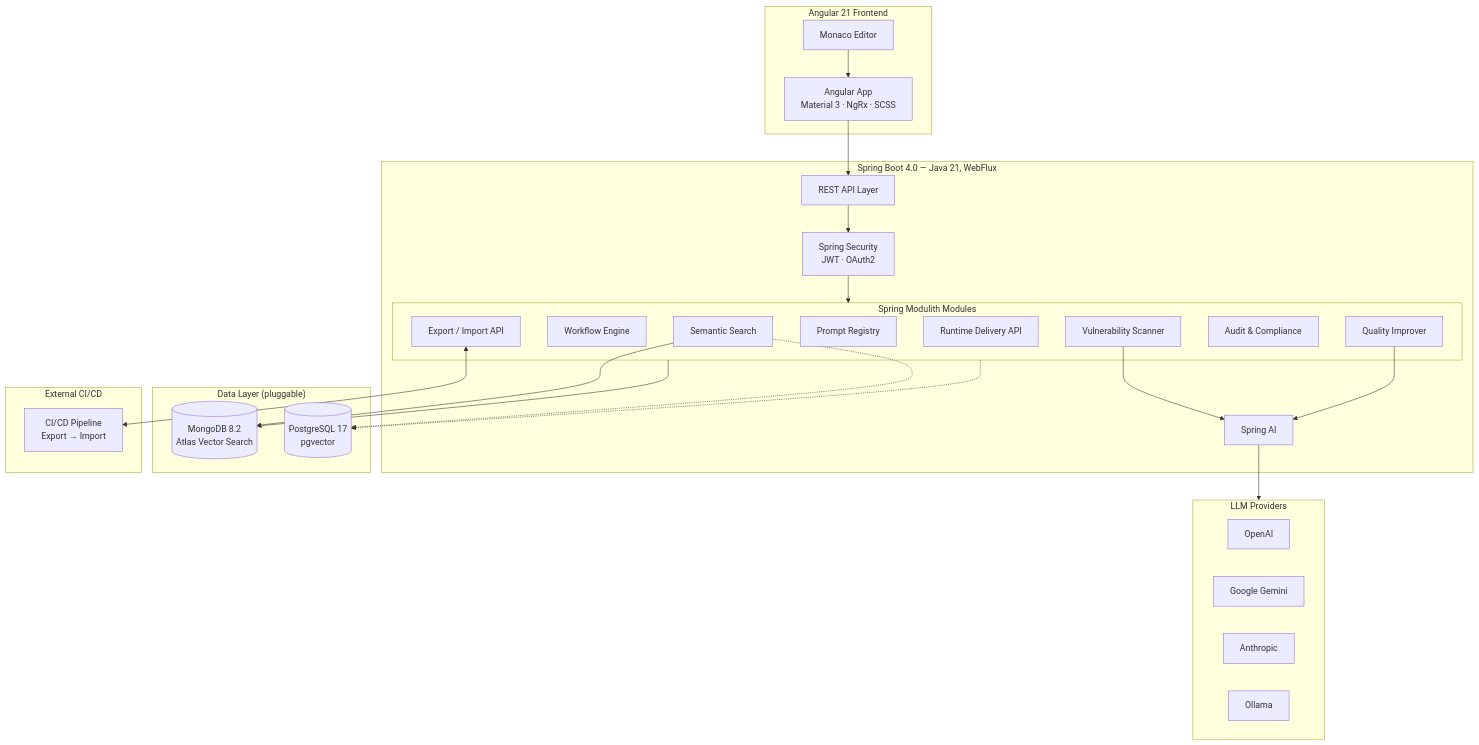
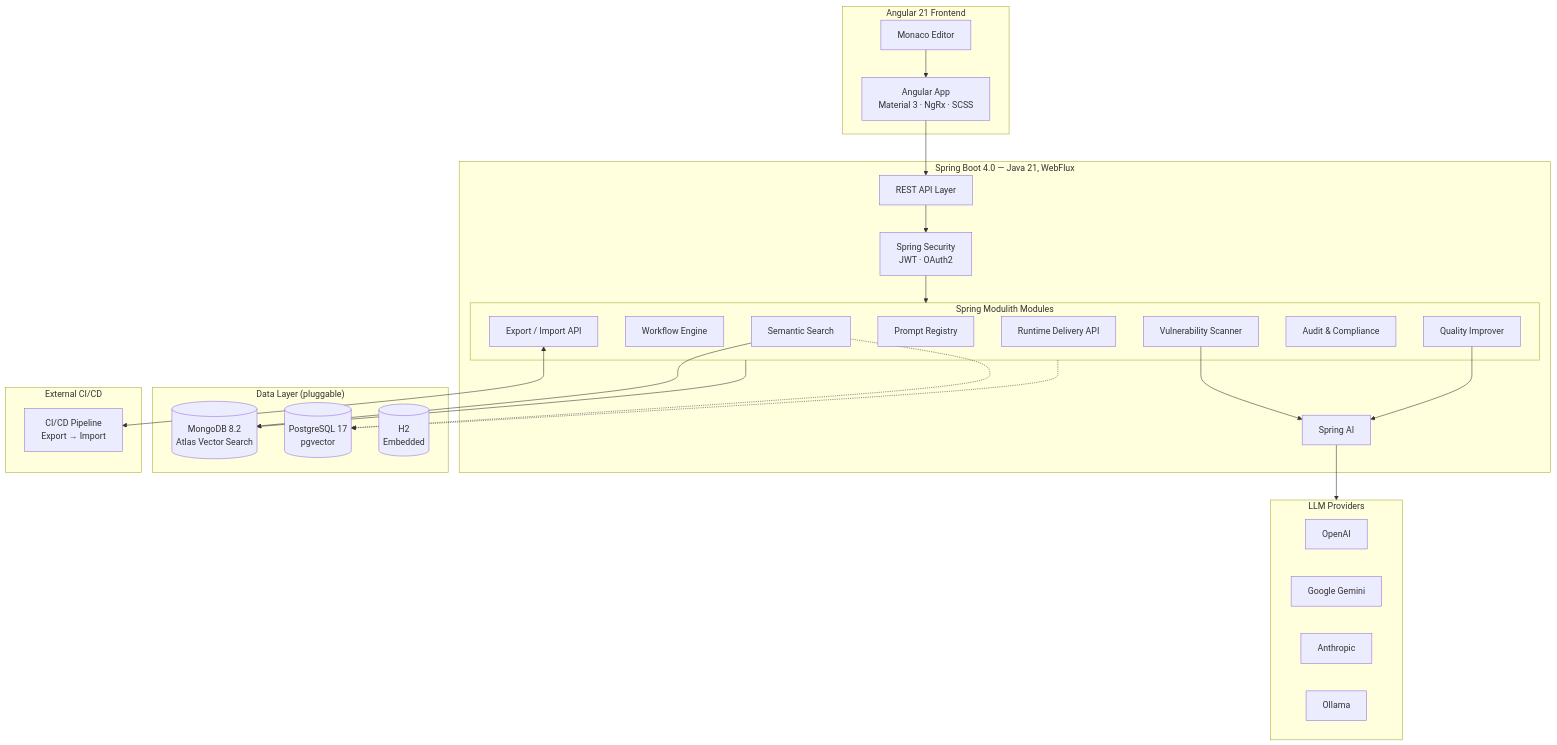
Before and after one commit to spectrayan/promptly: the first of 2 diagrams in README.md, drawn with Mermaid. The commit also changed other lines of this file and 865 other files, not shown here.

````diff
--- a/README.md
+++ b/README.md
@@ -83,52 +111,53 @@
 ```mermaid
 graph TB
     subgraph Frontend["Angular 21 Frontend"]
         UI["Angular App<br/>Material 3 · NgRx · SCSS"]
         Monaco["Monaco Editor"]
     end
 
     subgraph Backend["Spring Boot 4.0 — Java 21, WebFlux"]
         API["REST API Layer"]
         Auth["Spring Security<br/>JWT · OAuth2"]
 
         subgraph Modules["Spring Modulith Modules"]
             PR["Prompt Registry"]
             WF["Workflow Engine"]
             VS["Vulnerability Scanner"]
             QI["Quality Improver"]
             RD["Runtime Delivery API"]
             EI["Export / Import API"]
             AC["Audit & Compliance"]
             SS["Semantic Search"]
         end
 
         SpringAI["Spring AI"]
     end
 
     subgraph Data["Data Layer (pluggable)"]
         Mongo[("MongoDB 8.2<br/>Atlas Vector Search")]
         Postgres[("PostgreSQL 17<br/>pgvector")]
+        H2[("H2<br/>Embedded")]
     end
 
     subgraph LLMs["LLM Providers"]
         OpenAI["OpenAI"]
         Gemini["Google Gemini"]
         Anthropic["Anthropic"]
         Ollama["Ollama"]
     end
 
     subgraph CICD["External CI/CD"]
         Pipeline["CI/CD Pipeline<br/>Export → Import"]
     end
 
     UI --> API
     Monaco --> UI
     API --> Auth --> Modules
     VS & QI --> SpringAI
     SpringAI --> LLMs
     Modules --> Mongo
     Modules -.-> Postgres
     SS --> Mongo
     SS -.-> Postgres
     EI <--> Pipeline
 ```
````
